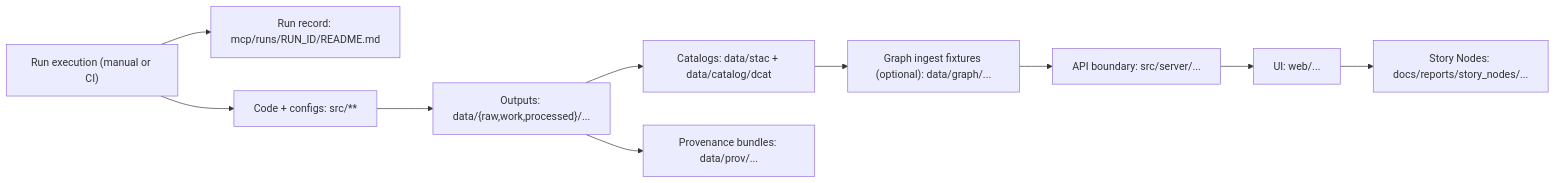
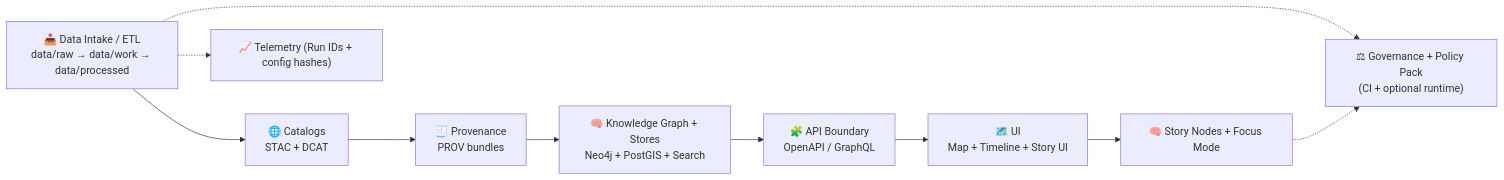
One commit to bartytime4life/Kansas-Frontier-Matrix changed the diagram in mcp/runs/README.md. Above: the diagram before and after it, drawn with Mermaid. The commit also changed other lines of this file, not shown here.

```diff
--- a/mcp/runs/README.md
+++ b/mcp/runs/README.md
@@ -150,12 +168,12 @@
 ~~~mermaid
 flowchart LR
-  A["Run execution (manual or CI)"] --> B["Run record: mcp/runs/RUN_ID/README.md"]
-  A --> C["Code + configs: src/**"]
-  C --> D["Outputs: data/{raw,work,processed}/..."]
-  D --> E["Catalogs: data/stac + data/catalog/dcat"]
-  D --> F["Provenance bundles: data/prov/..."]
-  E --> G["Graph ingest fixtures (optional): data/graph/..."]
-  G --> H["API boundary: src/server/..."]
-  H --> I["UI: web/..."]
-  I --> J["Story Nodes: docs/reports/story_nodes/..."]
+  A["📥 Data Intake / ETL<br/>data/raw → data/work → data/processed"] --> B["🌐 Catalogs<br/>STAC + DCAT"]
+  B --> C["🧾 Provenance<br/>PROV bundles"]
+  C --> D["🧠 Knowledge Graph + Stores<br/>Neo4j + PostGIS + Search"]
+  D --> E["🧩 API Boundary<br/>OpenAPI / GraphQL"]
+  E --> F["🗺️ UI<br/>Map + Timeline + Story UI"]
+  F --> G["🧠 Story Nodes + Focus Mode"]
+  A -.-> H["⚖ Governance + Policy Pack<br/>(CI + optional runtime)"]
+  G -.-> H
+  A -.-> I["📈 Telemetry (Run IDs + config hashes)"]
 ~~~
```
